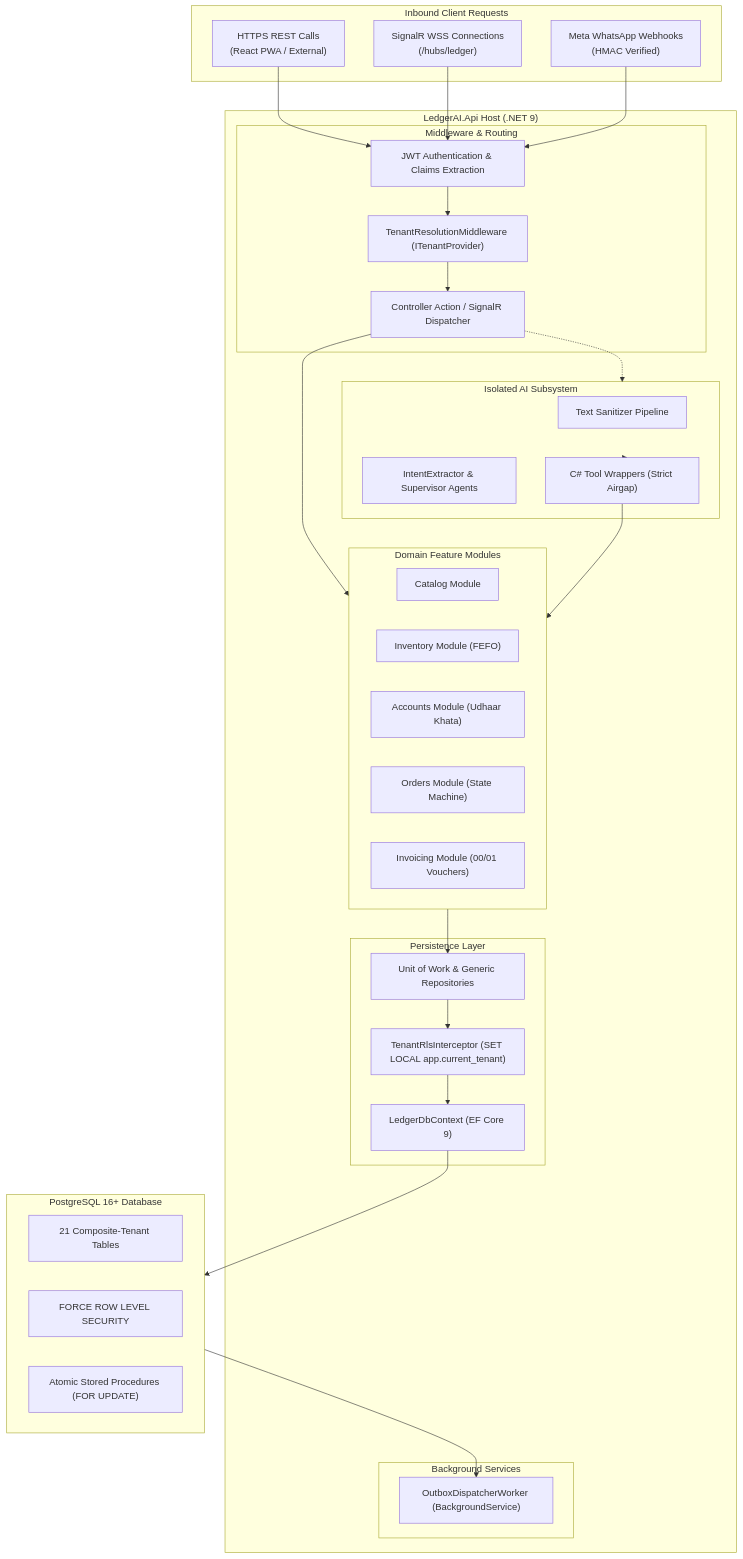
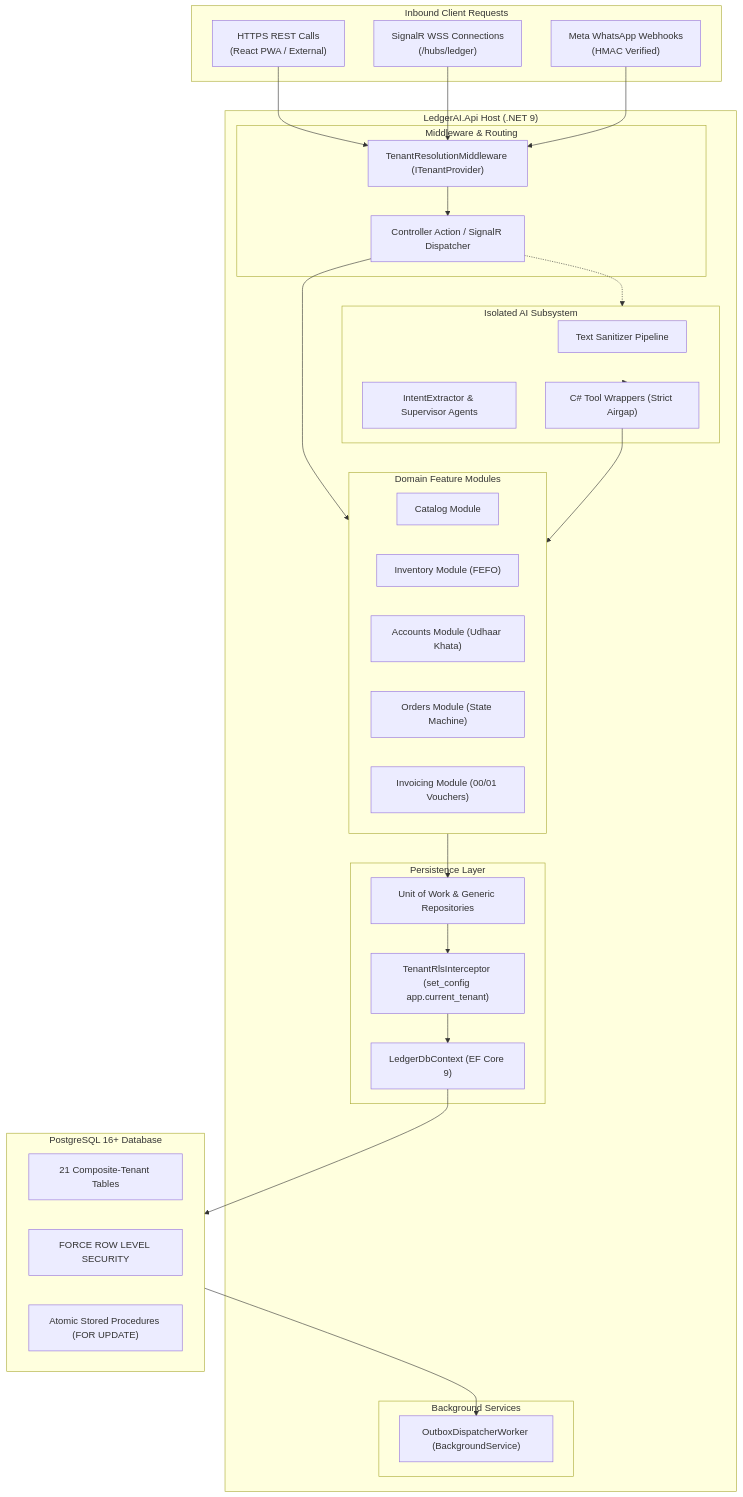
One commit to Haiderali445/LedgerAI-Api changed the first of 3 diagrams in README.md. Above: the diagram before and after it, drawn with Mermaid. The commit also changed other lines of this file and 33 other files, not shown here.

````diff
--- a/README.md
+++ b/README.md
@@ -31,53 +31,52 @@
 ```mermaid
 flowchart TD
     subgraph ClientRequests["Inbound Client Requests"]
         HTTP["HTTPS REST Calls\n(React PWA / External)"]
         WS["SignalR WSS Connections\n(/hubs/ledger)"]
         WA["Meta WhatsApp Webhooks\n(HMAC Verified)"]
     end
 
     subgraph ApiHost["LedgerAI.Api Host (.NET 9)"]
         subgraph Pipeline["Middleware & Routing"]
-            Auth["JWT Authentication & Claims Extraction"]
             Tenant["TenantResolutionMiddleware (ITenantProvider)"]
             Router["Controller Action / SignalR Dispatcher"]
         end
 
         subgraph CoreModules["Domain Feature Modules"]
             Cat["Catalog Module"]
             Inv["Inventory Module (FEFO)"]
             Acc["Accounts Module (Udhaar Khata)"]
             Ord["Orders Module (State Machine)"]
             Bill["Invoicing Module (00/01 Vouchers)"]
         end
 
         subgraph AiSubsystem["Isolated AI Subsystem"]
             Sanitize["Text Sanitizer Pipeline"]
             Agents["IntentExtractor & Supervisor Agents"]
             Tools["C# Tool Wrappers (Strict Airgap)"]
         end
 
         subgraph DataLayer["Persistence Layer"]
             UoW["Unit of Work & Generic Repositories"]
-            Interceptor["TenantRlsInterceptor (SET LOCAL app.current_tenant)"]
+            Interceptor["TenantRlsInterceptor (set_config app.current_tenant)"]
             DbContext["LedgerDbContext (EF Core 9)"]
         end
 
         subgraph Background["Background Services"]
             OutboxWorker["OutboxDispatcherWorker (BackgroundService)"]
         end
     end
 
     subgraph Postgres["PostgreSQL 16+ Database"]
         Tables["21 Composite-Tenant Tables"]
         RLS["FORCE ROW LEVEL SECURITY"]
         Locks["Atomic Stored Procedures (FOR UPDATE)"]
     end
 
-    HTTP & WS & WA --> Auth --> Tenant --> Router
+    HTTP & WS & WA --> Tenant --> Router
     Router --> CoreModules
     Router -.-> AiSubsystem
     AiSubsystem --> Tools --> CoreModules
     CoreModules --> UoW --> Interceptor --> DbContext --> Postgres
     Postgres --> OutboxWorker
 ```
````
